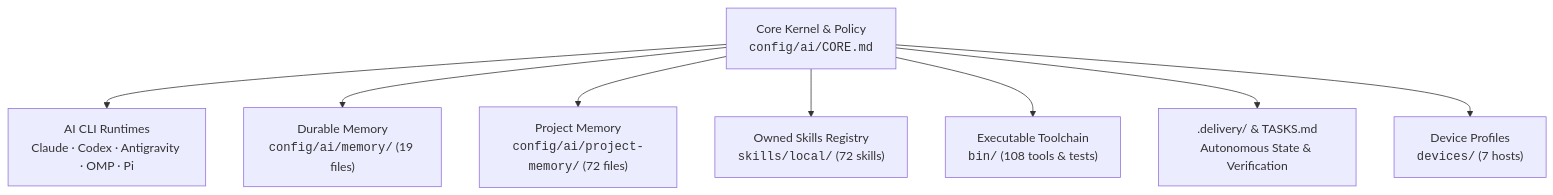
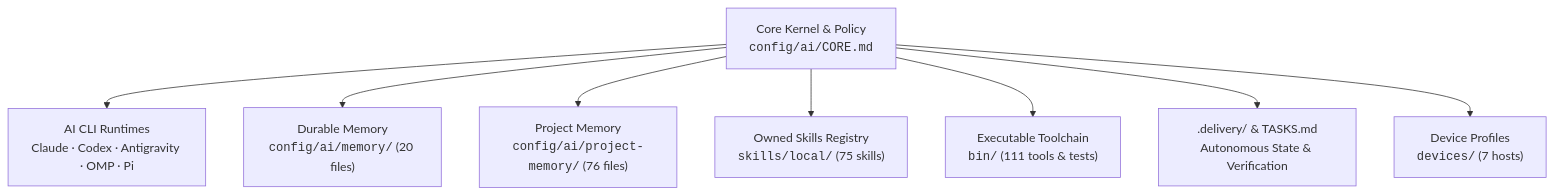
One commit to ongkipro/dotfiles changed the diagram in docs/DOTFILES_SITEMAP.md. Above: the diagram before and after it, drawn with Mermaid. The commit also changed other lines of this file and 16 other files, not shown here.

````diff
--- a/docs/DOTFILES_SITEMAP.md
+++ b/docs/DOTFILES_SITEMAP.md
@@ -12,10 +12,10 @@
 ```mermaid
 graph TD
     Kernel["Core Kernel & Policy<br/><code>config/ai/CORE.md</code>"] --> Runtimes["AI CLI Runtimes<br/>Claude · Codex · Antigravity · OMP · Pi"]
-    Kernel --> Memory["Durable Memory<br/><code>config/ai/memory/</code> (19 files)"]
-    Kernel --> ProjectMemory["Project Memory<br/><code>config/ai/project-memory/</code> (72 files)"]
-    Kernel --> Skills["Owned Skills Registry<br/><code>skills/local/</code> (72 skills)"]
-    Kernel --> Bin["Executable Toolchain<br/><code>bin/</code> (108 tools & tests)"]
+    Kernel --> Memory["Durable Memory<br/><code>config/ai/memory/</code> (20 files)"]
+    Kernel --> ProjectMemory["Project Memory<br/><code>config/ai/project-memory/</code> (76 files)"]
+    Kernel --> Skills["Owned Skills Registry<br/><code>skills/local/</code> (75 skills)"]
+    Kernel --> Bin["Executable Toolchain<br/><code>bin/</code> (111 tools & tests)"]
     Kernel --> Ledger[".delivery/ & TASKS.md<br/>Autonomous State & Verification"]
     Kernel --> Devices["Device Profiles<br/><code>devices/</code> (7 hosts)"]
 ```
````
